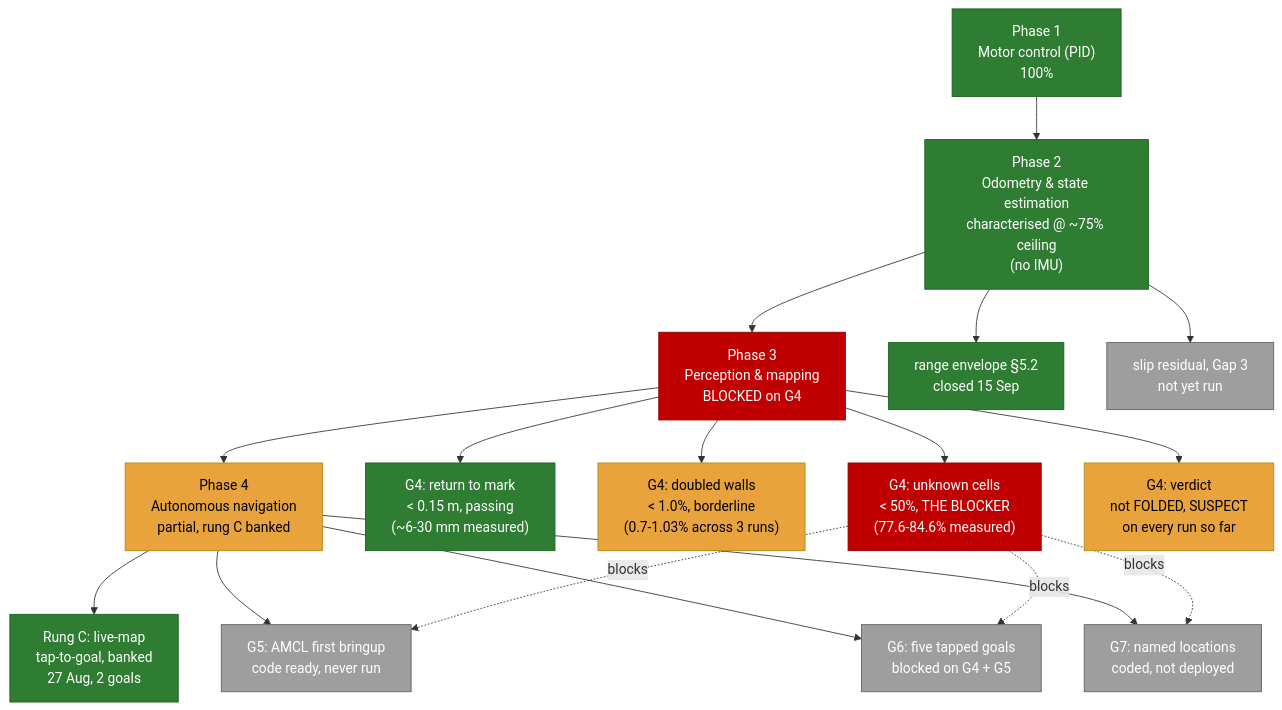
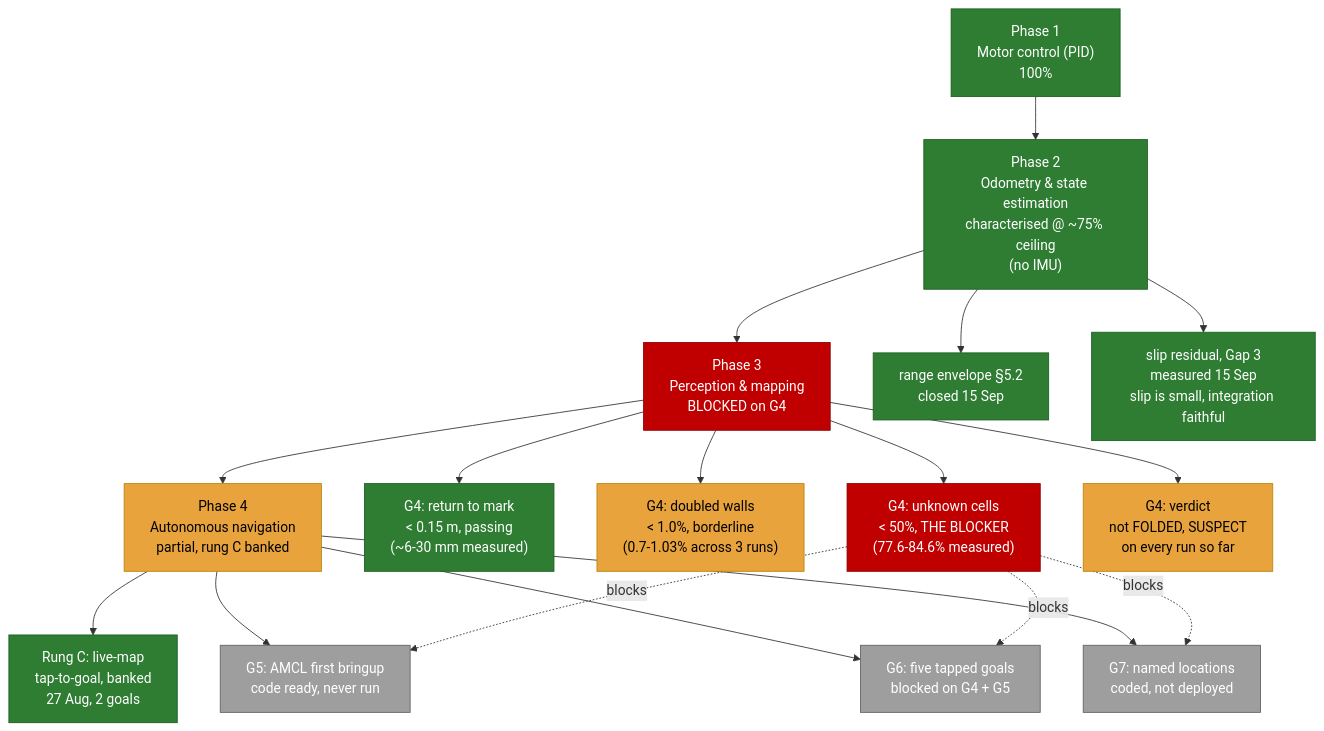
Before and after one commit to AritraD11/NarrowAisleBot: the diagram in docs/Project_Status.md, drawn with Mermaid. The commit also changed other lines of this file and 14 other files, not shown here.

````diff
--- a/docs/Project_Status.md
+++ b/docs/Project_Status.md
@@ -35,30 +35,30 @@
 ```mermaid
 flowchart TD
     P1["Phase 1<br/>Motor control (PID)<br/>100%"]:::done --> P2
     P2["Phase 2<br/>Odometry & state estimation<br/>characterised @ ~75% ceiling<br/>(no IMU)"]:::ceiling --> P3
     P3["Phase 3<br/>Perception & mapping<br/>BLOCKED on G4"]:::blocked --> P4
     P4["Phase 4<br/>Autonomous navigation<br/>partial, rung C banked"]:::partial
 
     P2 --> P2a["range envelope §5.2<br/>closed 15 Sep"]:::done
-    P2 --> P2b["slip residual, Gap 3<br/>not yet run"]:::todo
+    P2 --> P2b["slip residual, Gap 3<br/>measured 15 Sep<br/>slip is small, integration faithful"]:::done
 
     P3 --> G4a["G4: return to mark<br/>&lt; 0.15 m, passing<br/>(~6-30 mm measured)"]:::done
     P3 --> G4b["G4: doubled walls<br/>&lt; 1.0%, borderline<br/>(0.7-1.03% across 3 runs)"]:::partial
     P3 --> G4c["G4: unknown cells<br/>&lt; 50%, THE BLOCKER<br/>(77.6-84.6% measured)"]:::blocked
     P3 --> G4d["G4: verdict<br/>not FOLDED, SUSPECT<br/>on every run so far"]:::partial
 
     P4 --> RC["Rung C: live-map<br/>tap-to-goal, banked<br/>27 Aug, 2 goals"]:::done
     P4 --> G5["G5: AMCL first bringup<br/>code ready, never run"]:::todo
     P4 --> G6["G6: five tapped goals<br/>blocked on G4 + G5"]:::todo
     P4 --> G7["G7: named locations<br/>coded, not deployed"]:::todo
 
     G4c -.blocks.-> G5
     G4c -.blocks.-> G6
     G4c -.blocks.-> G7
 
     classDef done fill:#2e7d32,color:#fff,stroke:#1b5e20
     classDef ceiling fill:#2e7d32,color:#fff,stroke:#1b5e20
     classDef partial fill:#e8a33d,color:#000,stroke:#b8860b
     classDef blocked fill:#c00000,color:#fff,stroke:#8b0000
     classDef todo fill:#9e9e9e,color:#fff,stroke:#616161
 ```
````
